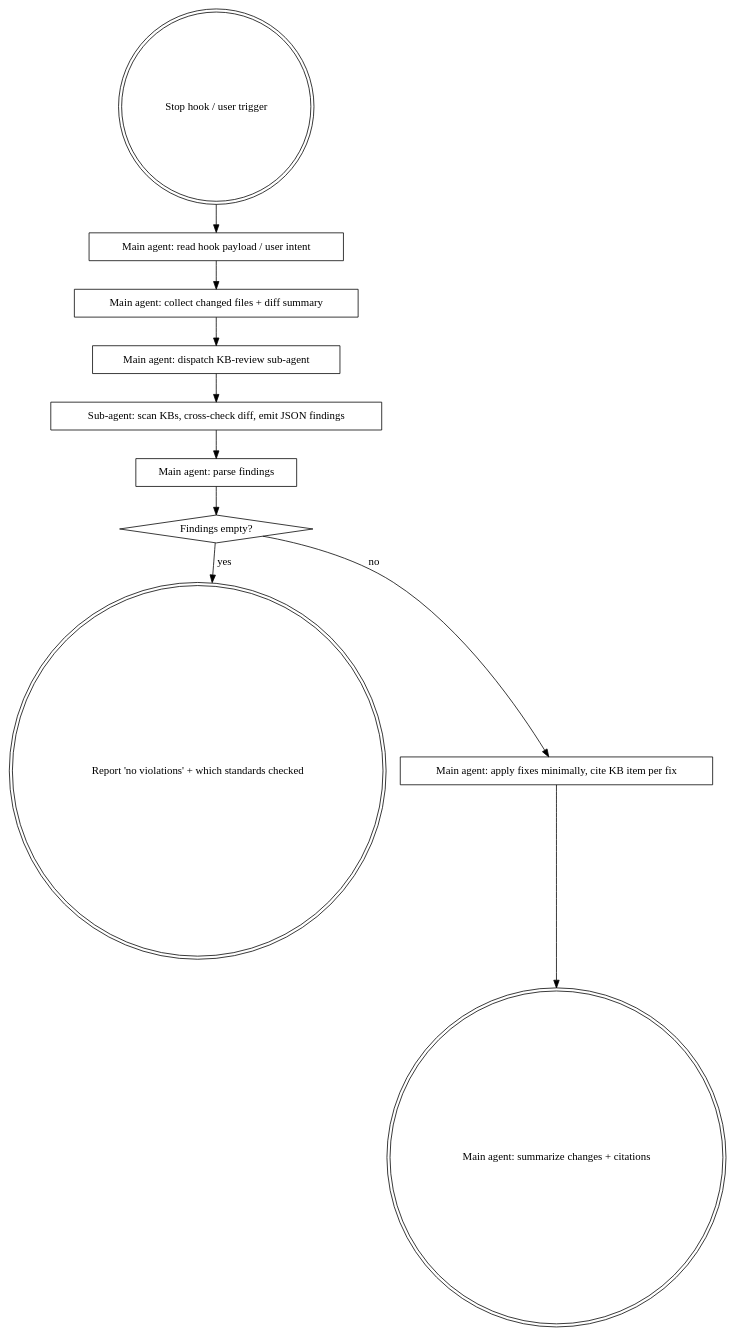
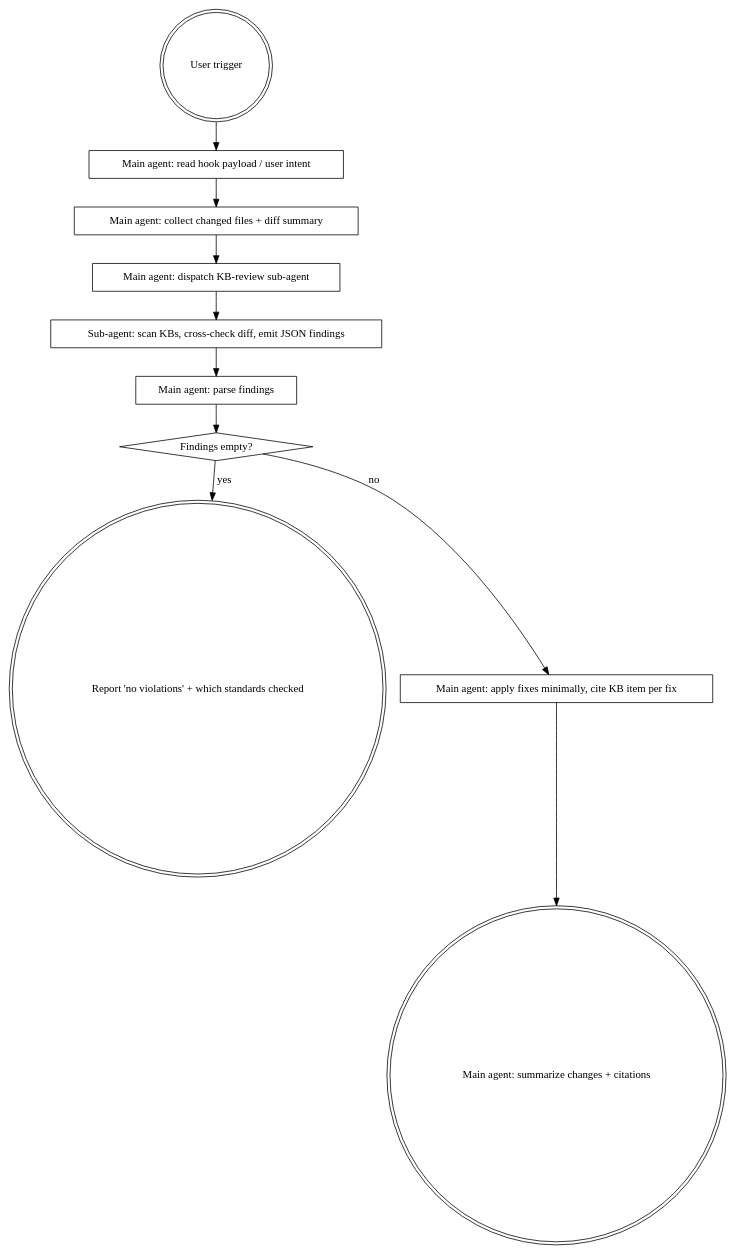
The diagram in plugins/knowledger/skills/kb-code-review/SKILL.md (sunshine0523/knowledger), drawn with Graphviz before and after one commit. The commit also changed other lines of this file and 10 other files, not shown here.

Commit message:
feat: Refactor hooks and enhance precheck functionality  - Removed obsolete hooks: code-review-stop and edit-tracker. - Updated precheck hook to conditionally inject retrieval skill based on user prompt. - Added tests for precheck hook to ensure correct behavior with prompt prefixes.

````diff
--- a/plugins/knowledger/skills/kb-code-review/SKILL.md
+++ b/plugins/knowledger/skills/kb-code-review/SKILL.md
@@ -41,24 +40,24 @@
 ```dot
 digraph kb_cr_flow {
-  "Stop hook / user trigger" [shape=doublecircle];
+  "User trigger" [shape=doublecircle];
   "Main agent: read hook payload / user intent" [shape=box];
   "Main agent: collect changed files + diff summary" [shape=box];
   "Main agent: dispatch KB-review sub-agent" [shape=box];
   "Sub-agent: scan KBs, cross-check diff, emit JSON findings" [shape=box];
   "Main agent: parse findings" [shape=box];
   "Findings empty?" [shape=diamond];
   "Report 'no violations' + which standards checked" [shape=doublecircle];
   "Main agent: apply fixes minimally, cite KB item per fix" [shape=box];
   "Main agent: summarize changes + citations" [shape=doublecircle];
 
-  "Stop hook / user trigger" -> "Main agent: read hook payload / user intent";
+  "User trigger" -> "Main agent: read hook payload / user intent";
   "Main agent: read hook payload / user intent" -> "Main agent: collect changed files + diff summary";
   "Main agent: collect changed files + diff summary" -> "Main agent: dispatch KB-review sub-agent";
   "Main agent: dispatch KB-review sub-agent" -> "Sub-agent: scan KBs, cross-check diff, emit JSON findings";
   "Sub-agent: scan KBs, cross-check diff, emit JSON findings" -> "Main agent: parse findings";
   "Main agent: parse findings" -> "Findings empty?";
   "Findings empty?" -> "Report 'no violations' + which standards checked" [label="yes"];
   "Findings empty?" -> "Main agent: apply fixes minimally, cite KB item per fix" [label="no"];
   "Main agent: apply fixes minimally, cite KB item per fix" -> "Main agent: summarize changes + citations";
 }
 ```
````
